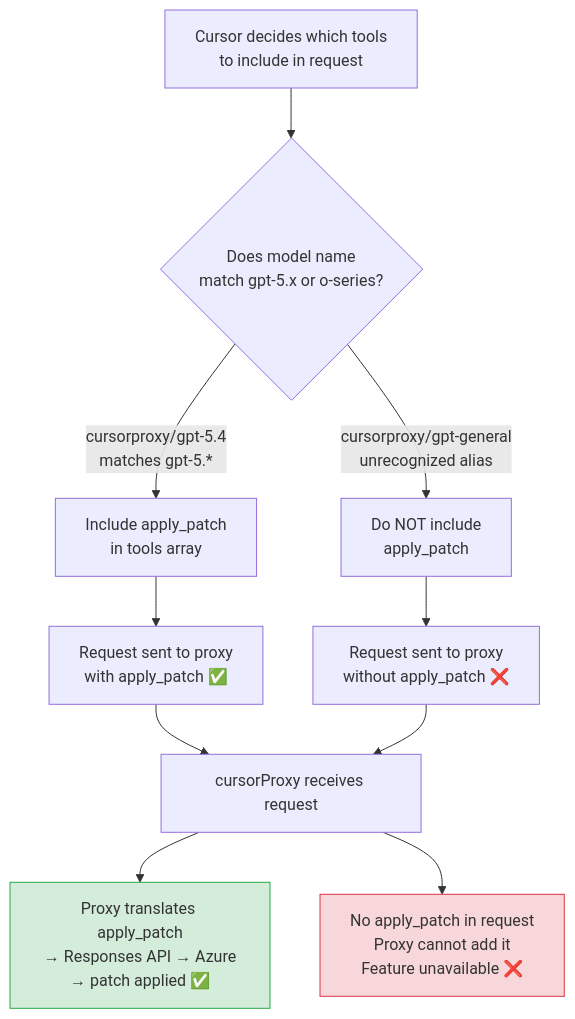
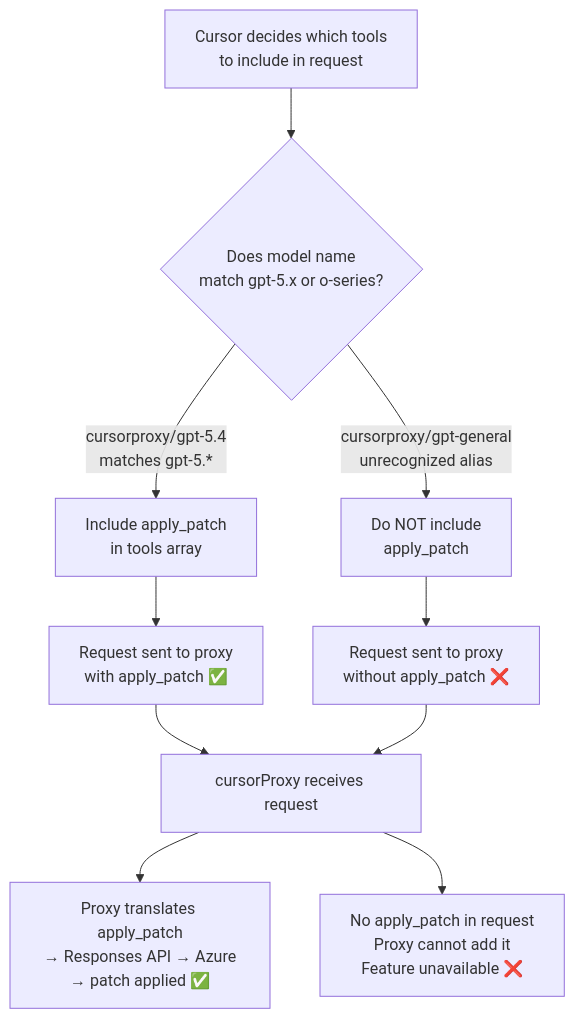
One commit to lqdflying/cursorProxy changed the fourth of 6 diagrams in doc/azure-openai.md. Above: the diagram before and after it, drawn with Mermaid. The commit also changed other lines of this file and 7 other files, not shown here.

````diff
--- a/doc/azure-openai.md
+++ b/doc/azure-openai.md
@@ -105,19 +109,16 @@
 ```mermaid
 flowchart TD
     REQ["Cursor decides which tools\nto include in request"]
     CHECK{"Does model name\nmatch gpt-5.x or o-series?"}
     YES["Include apply_patch\nin tools array"]
     NO["Do NOT include\napply_patch"]
     SEND54["Request sent to proxy\nwith apply_patch ✅"]
     SENDGG["Request sent to proxy\nwithout apply_patch ❌"]
     PROXY["cursorProxy receives request"]
     WORKS["Proxy translates apply_patch\n→ Responses API → Azure\n→ patch applied ✅"]
     STUCK["No apply_patch in request\nProxy cannot add it\nFeature unavailable ❌"]
 
     REQ --> CHECK
     CHECK -->|"cursorproxy/gpt-5.4\nmatches gpt-5.*"| YES --> SEND54 --> PROXY --> WORKS
     CHECK -->|"cursorproxy/gpt-general\nunrecognized alias"| NO --> SENDGG --> PROXY --> STUCK
-
-    style WORKS fill:#d4edda,stroke:#28a745
-    style STUCK fill:#f8d7da,stroke:#dc3545
 ```
````
